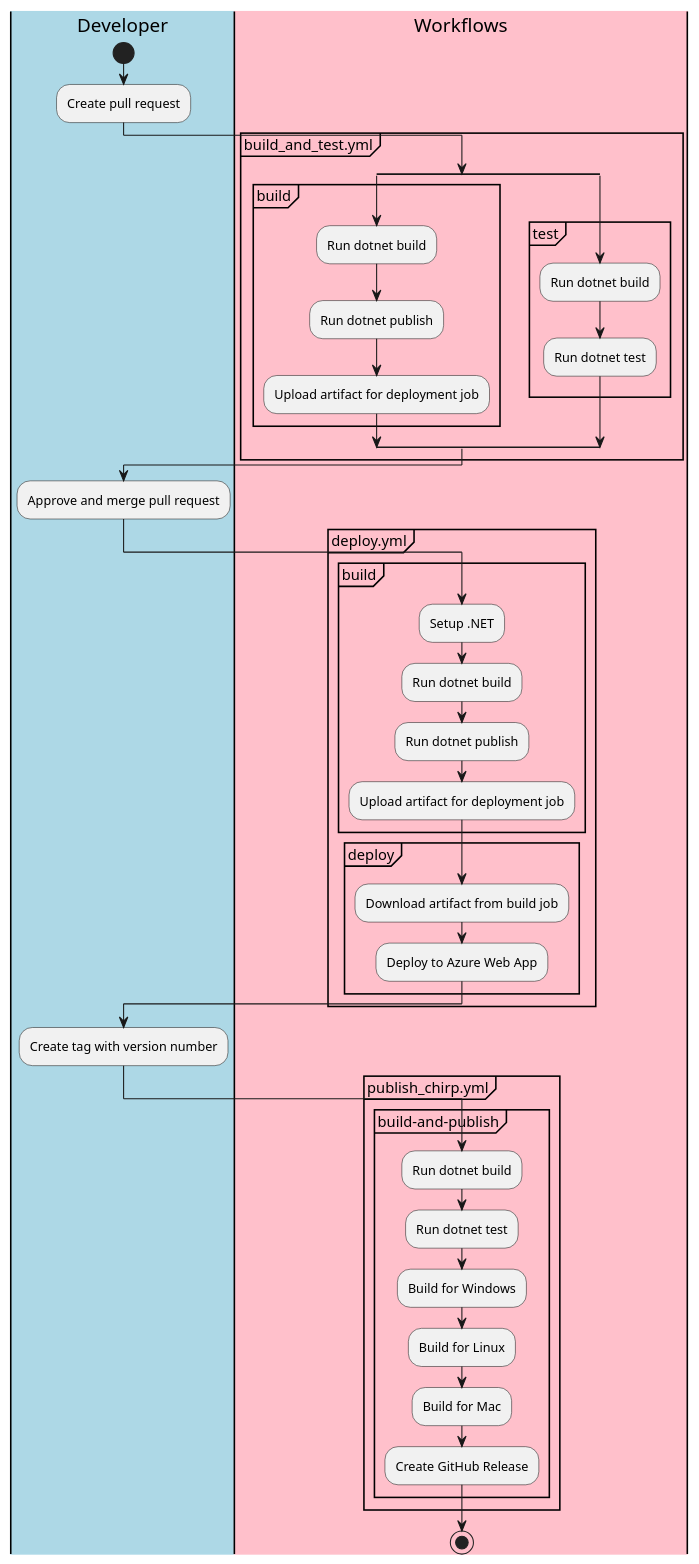
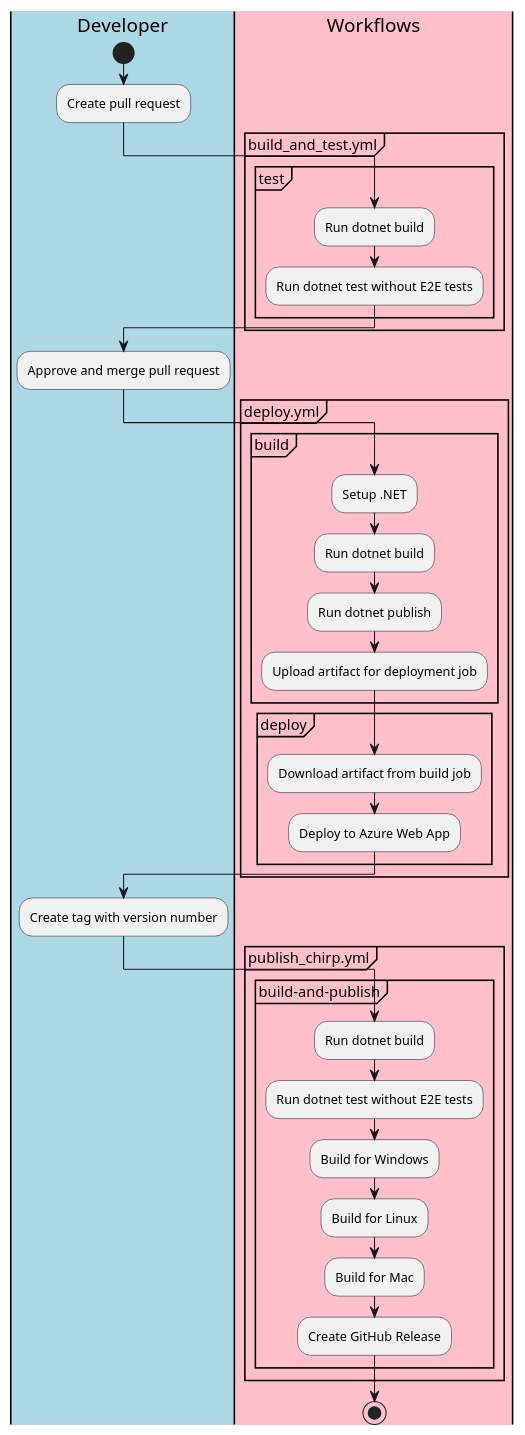
The diagram in docs/diagrams/workflows.puml (ITU-BDSA23-GROUP14/Chirp), drawn with PlantUML before and after one commit. The commit also changed 8 other files, not shown here.

```diff
--- a/docs/diagrams/workflows.puml
+++ b/docs/diagrams/workflows.puml
@@ -1,51 +1,43 @@
 @startuml workflow-diagram
 |#LightBlue|Developer|
 start
 :Create pull request;
 |#pink|Workflows|
 group build_and_test.yml
-  split
-    group build
-      :Run dotnet build;
-      :Run dotnet publish;
-      :Upload artifact for deployment job;
-    end group
-  split again
-    group test
-      :Run dotnet build;
-      :Run dotnet test;
-    end group
-  end split
+  group test
+    :Run dotnet build;
+    :Run dotnet test without E2E tests;
+  end group
 end group
 |Developer|
 :Approve and merge pull request;
 |Workflows|
 group deploy.yml
   group build
     :Setup .NET;
     :Run dotnet build;
     :Run dotnet publish;
     :Upload artifact for deployment job;
   end group
 
   group deploy
     :Download artifact from build job;
     :Deploy to Azure Web App;
   end group
 end group
 |Developer|
 :Create tag with version number;
 |Workflows|
 group publish_chirp.yml
   group build-and-publish
     :Run dotnet build;
-    :Run dotnet test;
+    :Run dotnet test without E2E tests;
     :Build for Windows;
     :Build for Linux;
     :Build for Mac;
     :Create GitHub Release;
   end group
 end group
 stop
 
 @enduml
```
